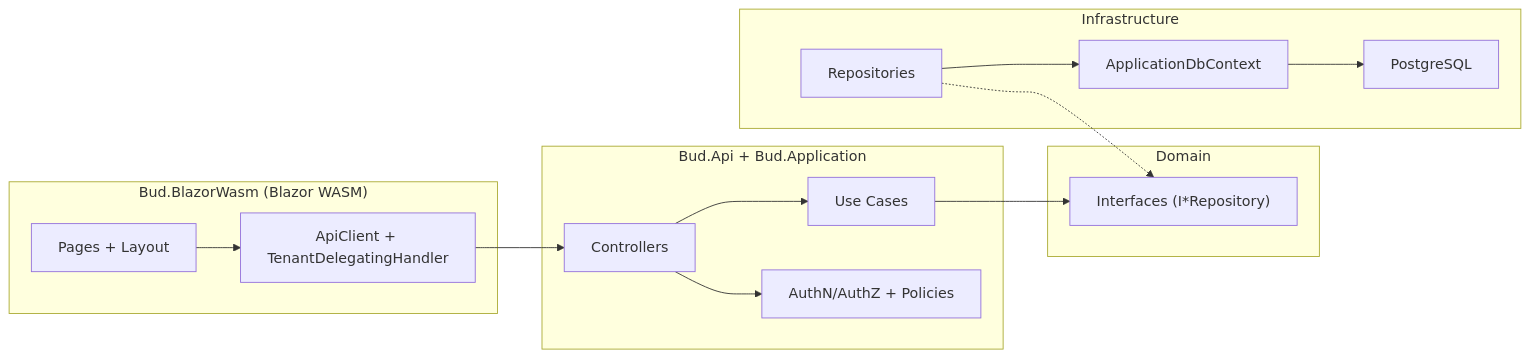
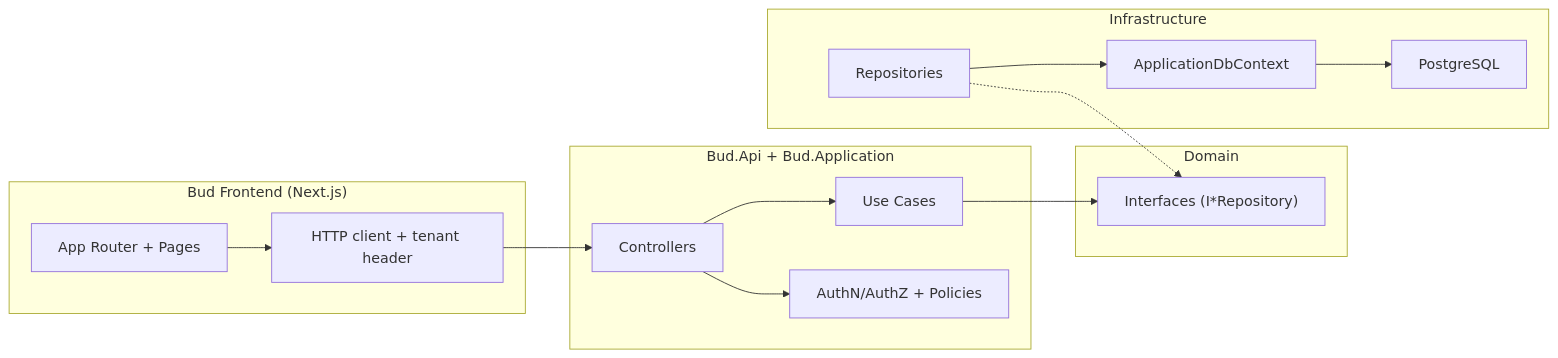
The ninth of 11 diagrams in README.md (getbud-co/bud2), drawn with Mermaid before and after one commit. The commit also changed other lines of this file and 11 other files, not shown here.

````diff
--- a/README.md
+++ b/README.md
@@ -477,32 +470,32 @@
 ```mermaid
 flowchart LR
-    subgraph Client["Bud.BlazorWasm (Blazor WASM)"]
-      UI["Pages + Layout"]
-      ApiClient["ApiClient + TenantDelegatingHandler"]
+    subgraph Client["Bud Frontend (Next.js)"]
+      UI["App Router + Pages"]
+      ApiClient["HTTP client + tenant header"]
     end
 
     subgraph Api["Bud.Api + Bud.Application"]
       Controllers["Controllers"]
       UseCases["Use Cases"]
       Authz["AuthN/AuthZ + Policies"]
     end
 
     subgraph DomainLayer["Domain"]
       RepoInterfaces["Interfaces (I*Repository)"]
     end
 
     subgraph Infra["Infrastructure"]
       Repos["Repositories"]
       Db["ApplicationDbContext"]
       Pg["PostgreSQL"]
     end
 
     UI --> ApiClient
     ApiClient --> Controllers
     Controllers --> UseCases
     UseCases --> RepoInterfaces
     Repos -.-> RepoInterfaces
     Controllers --> Authz
     Repos --> Db
     Db --> Pg
 ```
````
